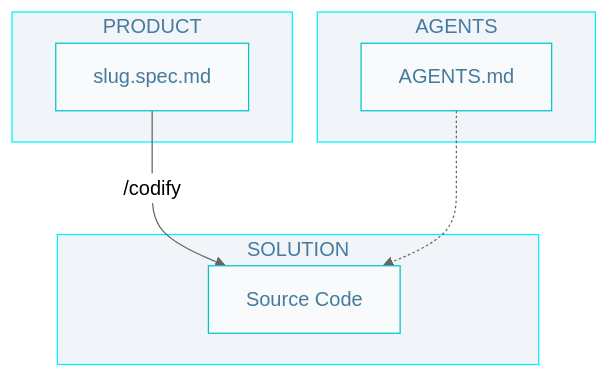
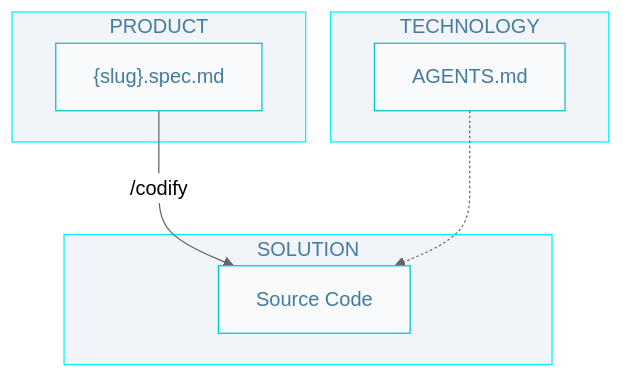
Before and after one commit to AlbertoBasaloLabs/programacion-inteligente: the diagram in docs/1-0-0-ecosistema_y_vibraciones/demo/1-sdd.diagram.md, drawn with Mermaid (neutral theme). The commit also changed other lines of this file and 3 other files, not shown here.

````diff
--- a/docs/1-0-0-ecosistema_y_vibraciones/demo/1-sdd.diagram.md
+++ b/docs/1-0-0-ecosistema_y_vibraciones/demo/1-sdd.diagram.md
@@ -3,22 +3,22 @@
 ```mermaid
 flowchart TD
     classDef nd fill:#f8fafc,stroke:#00c4cc,color:#457b9d
     classDef sg fill:#f1f5f9,stroke:#00f2ff,color:#457b9d 
 
     subgraph P["PRODUCT"]
-        REQ["slug.spec.md"]:::nd
+        REQ["{slug}.spec.md"]:::nd
     end
 
-    subgraph A["AGENTS"]
+    subgraph T["TECHNOLOGY"]
         AGT["AGENTS.md"]:::nd
     end  
 
     subgraph S["SOLUTION"]
         COD[Source Code]:::nd
     end
 
     REQ -->|/codify| COD
     AGT -.-> COD  
 
-    class P,A,S sg
+    class P,T,S sg
 ```
````
